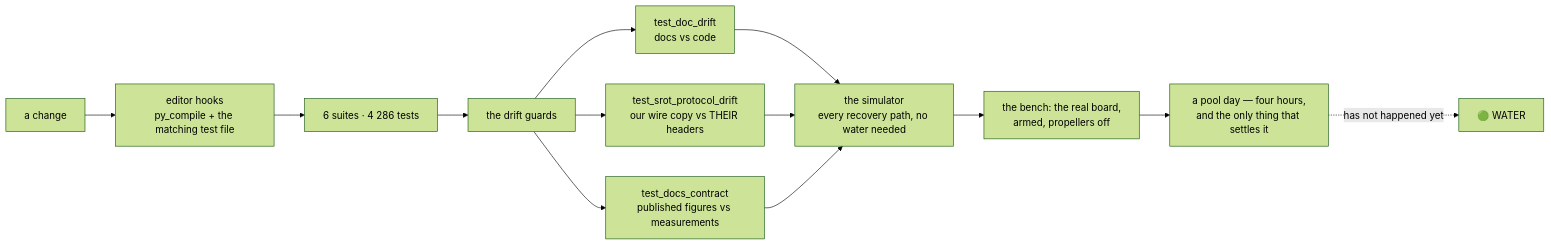
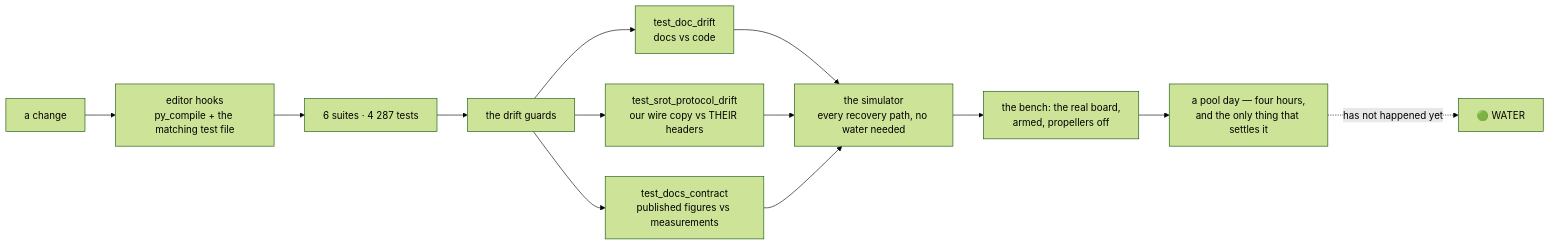
Before and after one commit to fh1m/mongla_ws: the ninth of 10 diagrams in README.md, drawn with Mermaid (forest theme). The commit also changed other lines of this file and 3 other files, not shown here.

````diff
--- a/README.md
+++ b/README.md
@@ -752,15 +752,15 @@
 ```mermaid
 flowchart LR
     DEV["a change"] --> HOOK["editor hooks<br/>py_compile + the matching test file"]
-    HOOK --> UNIT["6 suites · 4 286 tests"]
+    HOOK --> UNIT["6 suites · 4 287 tests"]
     UNIT --> GUARD["the drift guards"]
     GUARD --> G1["test_doc_drift<br/>docs vs code"]
     GUARD --> G2["test_srot_protocol_drift<br/>our wire copy vs THEIR headers"]
     GUARD --> G3["test_docs_contract<br/>published figures vs measurements"]
     G1 --> SIM["the simulator<br/>every recovery path, no water needed"]
     G2 --> SIM
     G3 --> SIM
     SIM --> BENCH["the bench: the real board,<br/>armed, propellers off"]
     BENCH --> POOL["a pool day — four hours,<br/>and the only thing that settles it"]
     POOL -.->|"has not happened yet"| WATER["🟢 WATER"]
 ```
````
